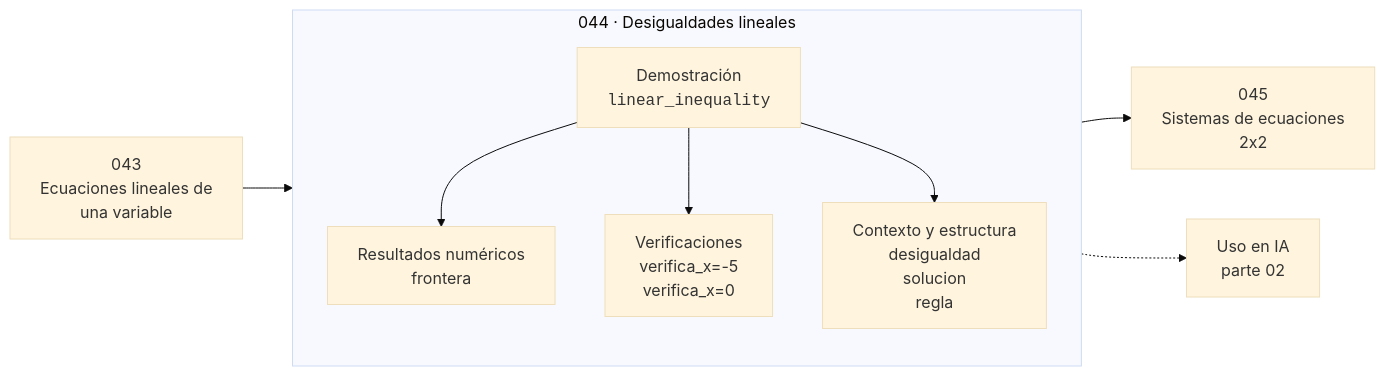
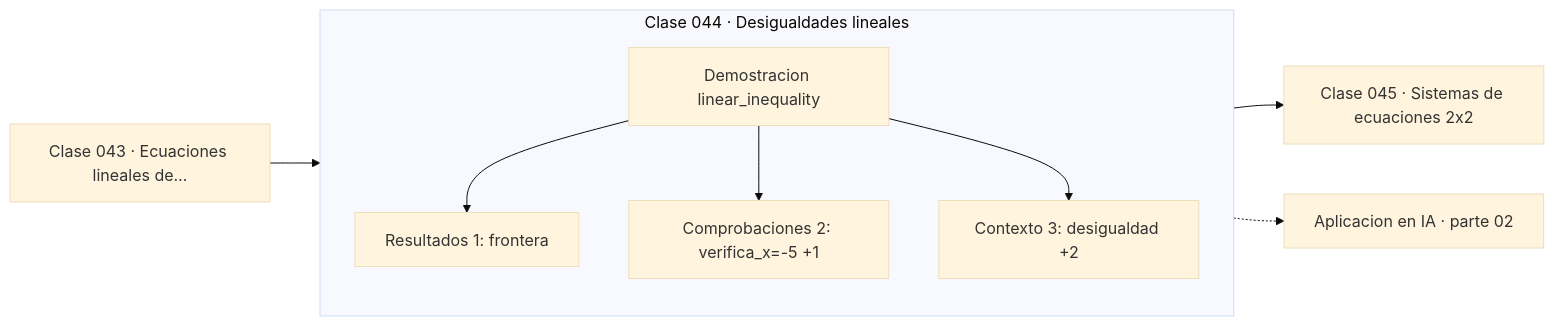
One commit to vladimiracunadev-create/computational-mathematics-program changed the diagram in classes/part-02-algebra-y-funciones/044-desigualdades-lineales/README.md. Above: the diagram before and after it, drawn with Mermaid (base theme). The commit also changed 389 other files, not shown here.

First line of the commit message:
fix(diagramas): elimina el HTML de las etiquetas Mermaid

````diff
--- a/classes/part-02-algebra-y-funciones/044-desigualdades-lineales/README.md
+++ b/classes/part-02-algebra-y-funciones/044-desigualdades-lineales/README.md
@@ -35,12 +35,13 @@
 ```mermaid
 flowchart LR
-    P["043<br/>Ecuaciones lineales de<br/>una variable"] --> C
-    subgraph C["044 · Desigualdades lineales"]
+    P["Clase 043 · Ecuaciones lineales de…"] --> D
+    subgraph CLASE["Clase 044 · Desigualdades lineales"]
         direction TB
-        D["Demostración<br/><code>linear_inequality</code>"] --> R["Resultados numéricos<br/>frontera"]
-        D --> V["Verificaciones<br/>verifica_x=-5<br/>verifica_x=0"]
-        D --> O["Contexto y estructura<br/>desigualdad<br/>solucion<br/>regla"]
+        D["Demostracion linear_inequality"]
+        D --> R["Resultados 1: frontera"]
+        D --> V["Comprobaciones 2: verifica_x=-5 +1"]
+        D --> O["Contexto 3: desigualdad +2"]
     end
-    C --> N["045<br/>Sistemas de ecuaciones<br/>2x2"]
-    C -.-> IA["Uso en IA<br/>parte 02"]
+    R --> N["Clase 045 · Sistemas de ecuaciones 2x2"]
+    V -.-> IA["Aplicacion en IA · parte 02"]
 ```
````
